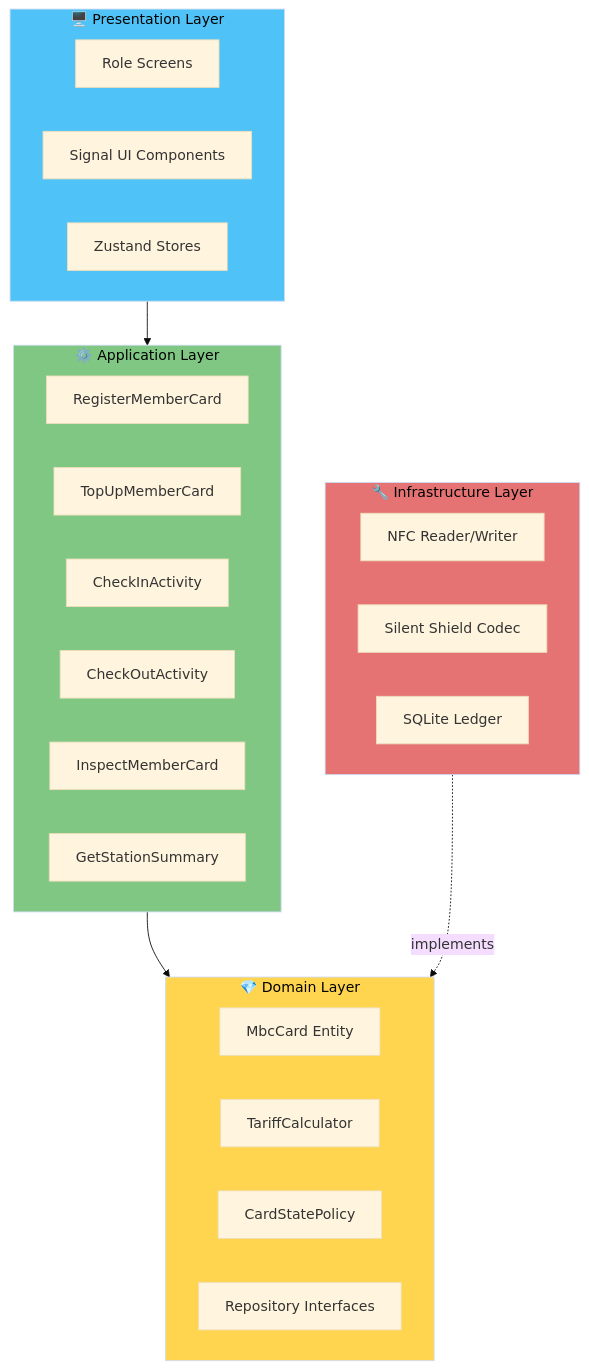
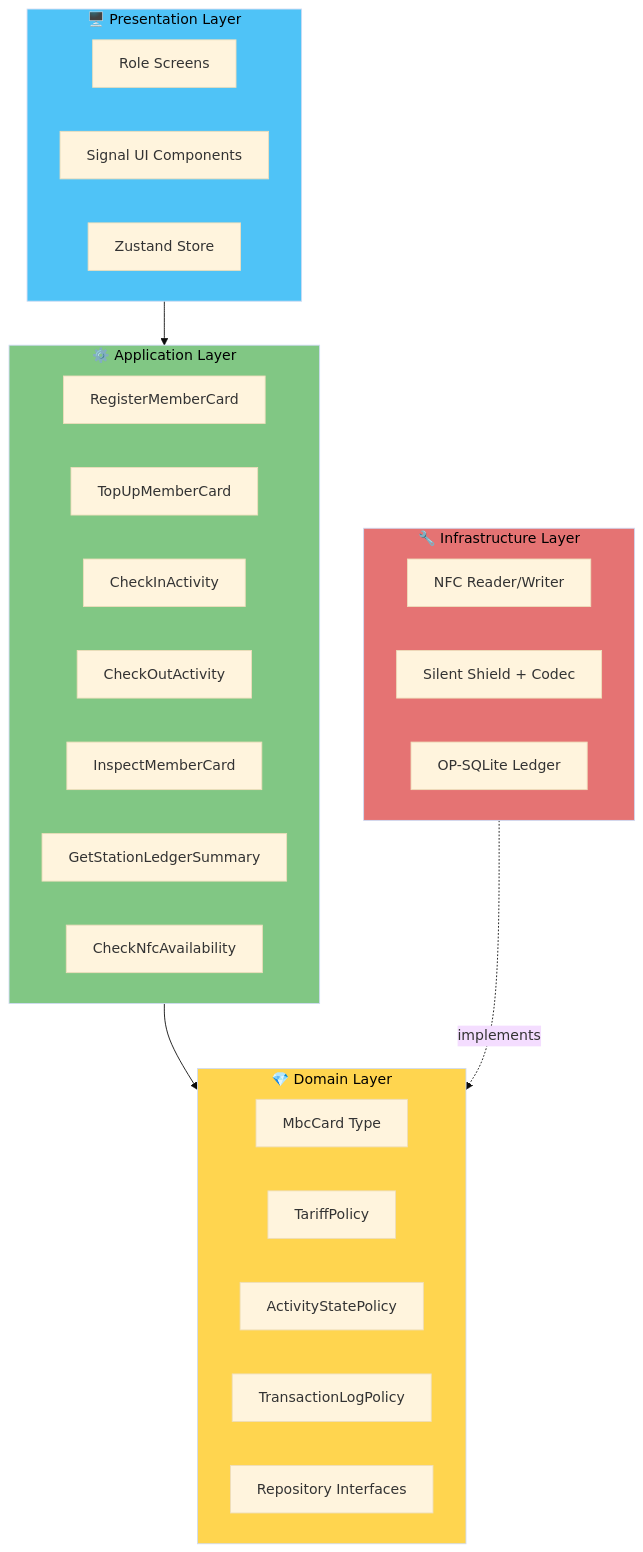
One commit to Schitzos/mbc-nfc changed the seventh of 15 diagrams in docs/PRESENTATION.md. Above: the diagram before and after it, drawn with Mermaid (base theme). The commit also changed other lines of this file, not shown here.

````diff
--- a/docs/PRESENTATION.md
+++ b/docs/PRESENTATION.md
@@ -315,43 +307,45 @@
 ```mermaid
 graph TB
     subgraph Presentation["🖥️ Presentation Layer"]
         direction LR
         P1[Role Screens]
         P2[Signal UI Components]
-        P3[Zustand Stores]
+        P3[Zustand Store]
     end
 
     subgraph Application["⚙️ Application Layer"]
         direction LR
         A1[RegisterMemberCard]
         A2[TopUpMemberCard]
         A3[CheckInActivity]
         A4[CheckOutActivity]
         A5[InspectMemberCard]
-        A6[GetStationSummary]
+        A6[GetStationLedgerSummary]
+        A7[CheckNfcAvailability]
     end
 
     subgraph Domain["💎 Domain Layer"]
         direction LR
-        D1[MbcCard Entity]
-        D2[TariffCalculator]
-        D3[CardStatePolicy]
-        D4[Repository Interfaces]
+        D1[MbcCard Type]
+        D2[TariffPolicy]
+        D3[ActivityStatePolicy]
+        D4[TransactionLogPolicy]
+        D5[Repository Interfaces]
     end
 
     subgraph Infrastructure["🔧 Infrastructure Layer"]
         direction LR
         I1[NFC Reader/Writer]
-        I2[Silent Shield Codec]
-        I3[SQLite Ledger]
+        I2[Silent Shield + Codec]
+        I3[OP-SQLite Ledger]
     end
 
     Presentation --> Application
     Application --> Domain
     Infrastructure -.->|implements| Domain
 
     style Presentation fill:#4FC3F7,color:#000
     style Application fill:#81C784,color:#000
     style Domain fill:#FFD54F,color:#000
     style Infrastructure fill:#E57373,color:#000
 ```
````
